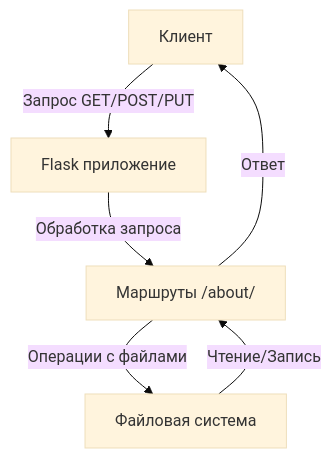
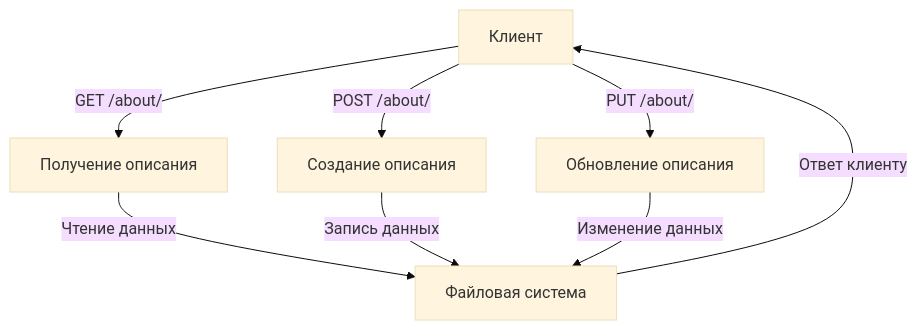
The diagram in data/app/routes/about/README.md (SkySai1/ProjectArc_back), drawn with Mermaid (base theme) before and after one commit. The commit also changed 2 other files, not shown here.

Commit message:
Обновлено описание

````diff
--- a/data/app/routes/about/README.md
+++ b/data/app/routes/about/README.md
@@ -74,8 +74,10 @@
 ```mermaid
 graph TD
-    A[Клиент] -->|Запрос GET/POST/PUT| B[Flask приложение]
-    B -->|Обработка запроса| C[Маршруты /about/]
-    C -->|Операции с файлами| D[Файловая система]
-    D -->|Чтение/Запись| C
-    C -->|Ответ| A
+    A[Клиент] -->|GET /about/| B[Получение описания]
+    A[Клиент] -->|POST /about/| C[Создание описания]
+    A[Клиент] -->|PUT /about/| D[Обновление описания]
+    B -->|Чтение данных| E[Файловая система]
+    C -->|Запись данных| E
+    D -->|Изменение данных| E
+    E -->|Ответ клиенту| A
 ```
````
